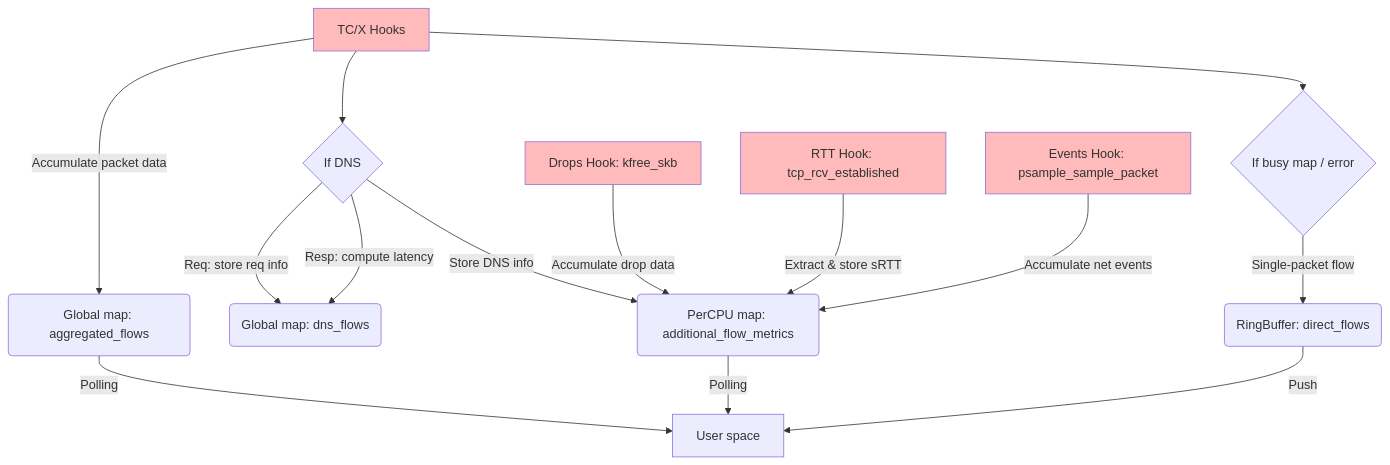
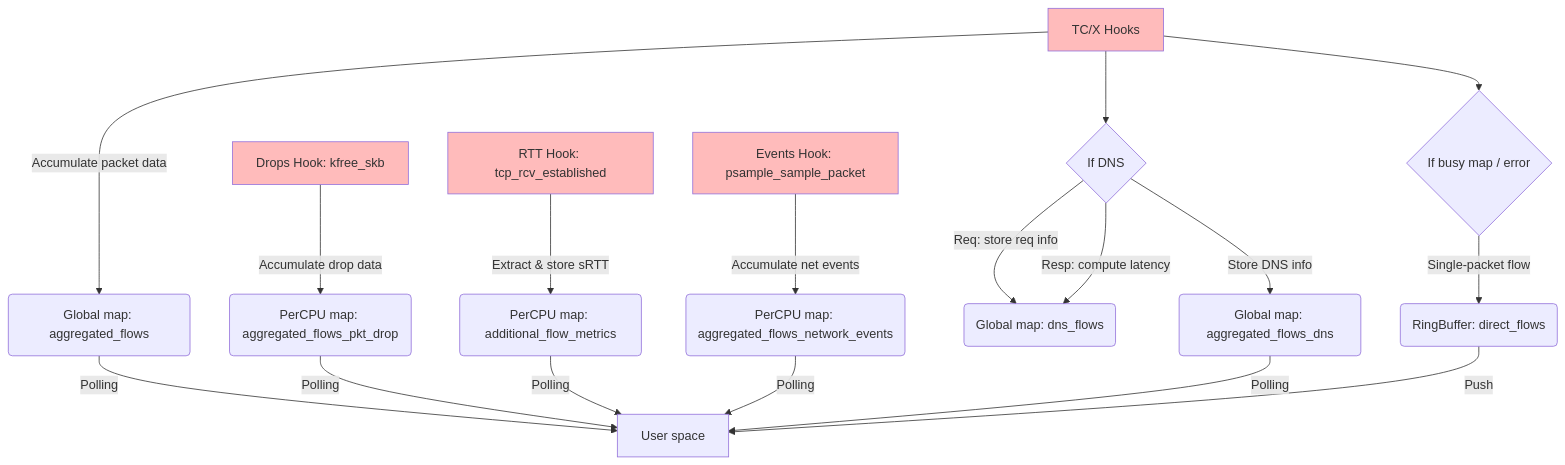
Before and after one commit to netobserv/netobserv-ebpf-agent: the first of 2 diagrams in docs/flows/architecture.md, drawn with Mermaid. The commit also changed 23 other files, not shown here.

First line of the commit message:
Improve per-map error reports, few adjustments

````diff
--- a/docs/flows/architecture.md
+++ b/docs/flows/architecture.md
@@ -15,20 +15,23 @@
 ```mermaid
 flowchart TD
     A[TC/X Hooks] -->|Accumulate packet data| M1(Global map: aggregated_flows)
     D{If DNS} -->|Req: store req info| MD(Global map: dns_flows)
     D -->|Resp: compute latency| MD
     A -->D
-    D -->|Store DNS info| M2(PerCPU map: additional_flow_metrics)
-    B[Drops Hook: kfree_skb] -->|Accumulate drop data| M2(PerCPU map: additional_flow_metrics)
+    D -->|Store DNS info| M3(Global map: aggregated_flows_dns)
+    B[Drops Hook: kfree_skb] -->|Accumulate drop data| M4(PerCPU map: aggregated_flows_pkt_drop)
     C[RTT Hook: tcp_rcv_established] -->|Extract & store sRTT| M2(PerCPU map: additional_flow_metrics)
-    E[Events Hook: psample_sample_packet] -->|Accumulate net events| M2(PerCPU map: additional_flow_metrics)
+    E[Events Hook: psample_sample_packet] -->|Accumulate net events| M5(PerCPU map: aggregated_flows_network_events)
     A -->F{If busy map / error}
     F -->|Single-packet flow| RB(RingBuffer: direct_flows)
     M1 --> |Polling|U[User space]
     M2 --> |Polling|U
+    M3 --> |Polling|U
+    M4 --> |Polling|U
+    M5 --> |Polling|U
     RB --> |Push|U
     style A fill:#FBB
     style B fill:#FBB
     style C fill:#FBB
     style E fill:#FBB
 ```
````
